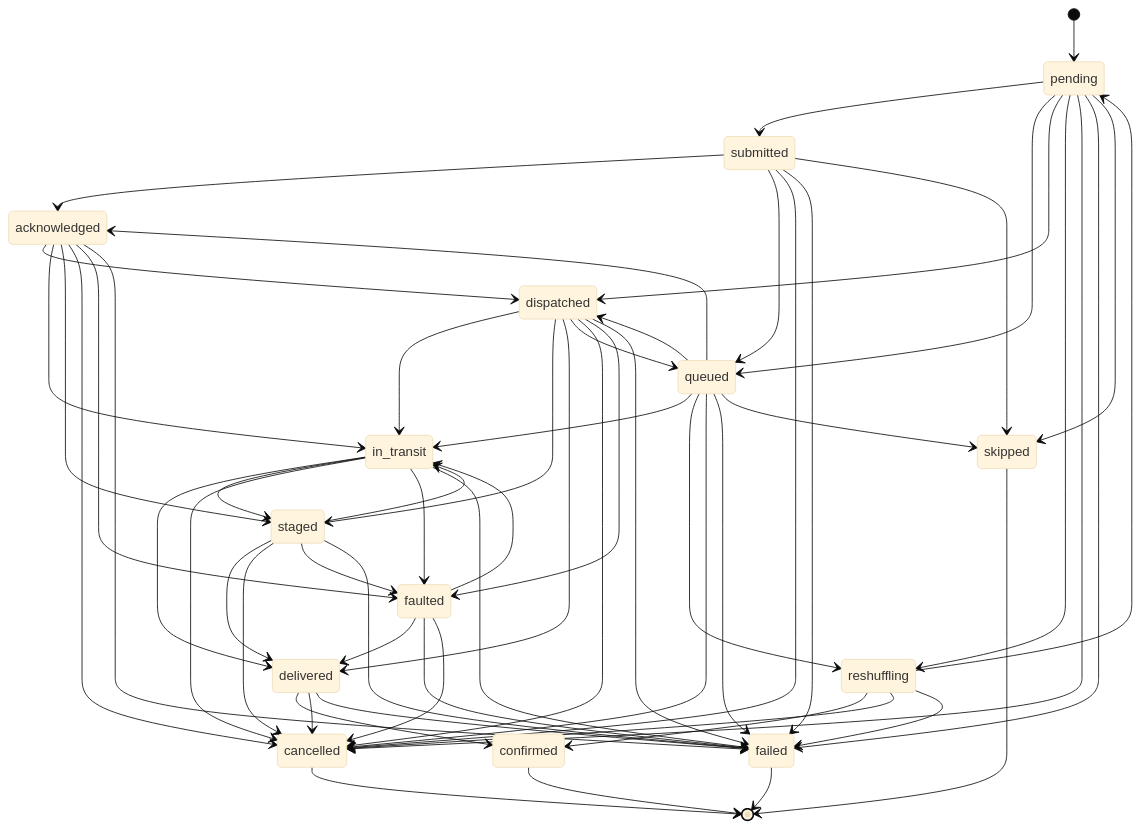
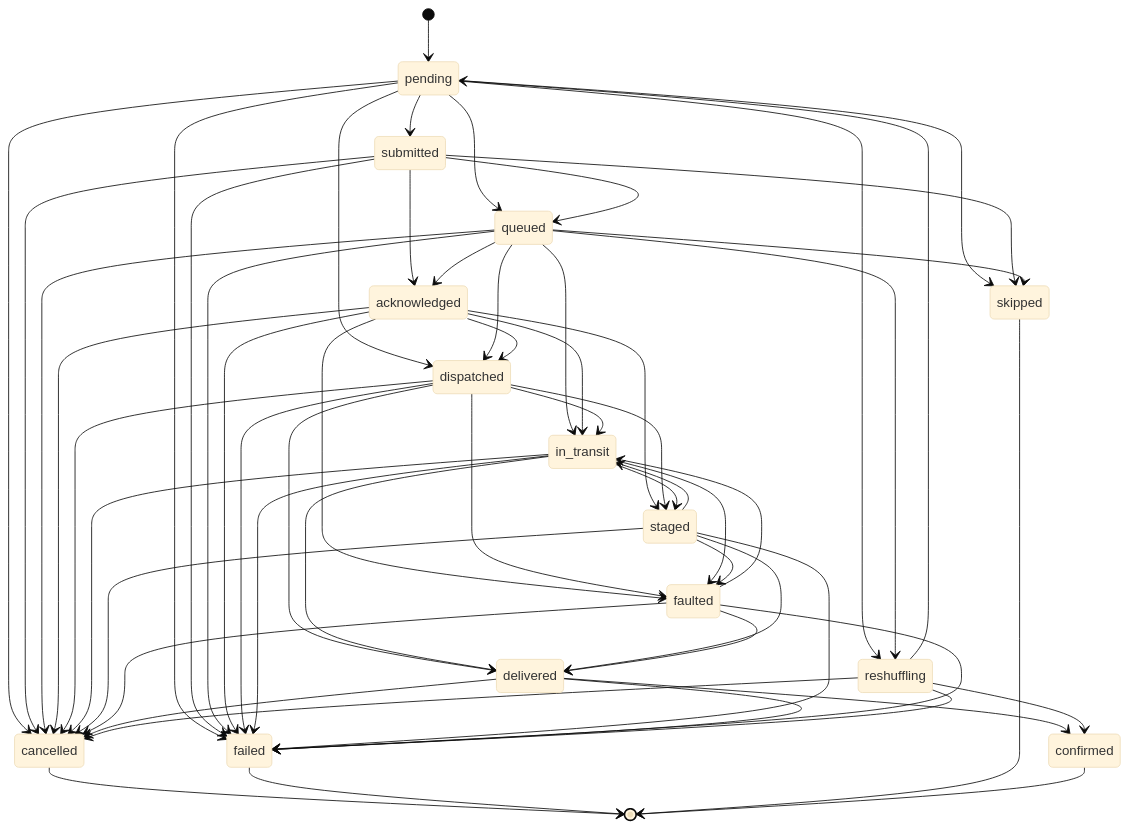
One commit to yatesdr/shingo changed the second of 3 diagrams in docs/order-lifecycle.md. Above: the diagram before and after it, drawn with Mermaid (base theme). The commit also changed other lines of this file and 43 other files, not shown here.

````diff
--- a/docs/order-lifecycle.md
+++ b/docs/order-lifecycle.md
@@ -258,72 +253,71 @@
 ```mermaid
 stateDiagram-v2
     [*] --> pending
 
     pending --> submitted
     pending --> queued
     pending --> dispatched
     pending --> reshuffling
     pending --> cancelled
     pending --> failed
     pending --> skipped
 
     submitted --> acknowledged
     submitted --> queued
     submitted --> cancelled
     submitted --> failed
     submitted --> skipped
 
     queued --> acknowledged
     queued --> dispatched
     queued --> in_transit
     queued --> reshuffling
     queued --> cancelled
     queued --> failed
     queued --> skipped
 
     acknowledged --> dispatched
     acknowledged --> in_transit
     acknowledged --> staged
     acknowledged --> cancelled
     acknowledged --> faulted
     acknowledged --> failed
 
     dispatched --> in_transit
     dispatched --> staged
     dispatched --> delivered
-    dispatched --> queued
     dispatched --> cancelled
     dispatched --> faulted
     dispatched --> failed
 
     in_transit --> delivered
     in_transit --> staged
     in_transit --> cancelled
     in_transit --> faulted
     in_transit --> failed
 
     staged --> in_transit
     staged --> delivered
     staged --> cancelled
     staged --> faulted
     staged --> failed
 
     faulted --> in_transit
     faulted --> delivered
     faulted --> failed
     faulted --> cancelled
 
     delivered --> confirmed
     delivered --> cancelled
     delivered --> failed
 
     reshuffling --> confirmed
     reshuffling --> pending
     reshuffling --> cancelled
     reshuffling --> failed
 
     cancelled --> [*]
     failed --> [*]
     skipped --> [*]
     confirmed --> [*]
 ```
````
